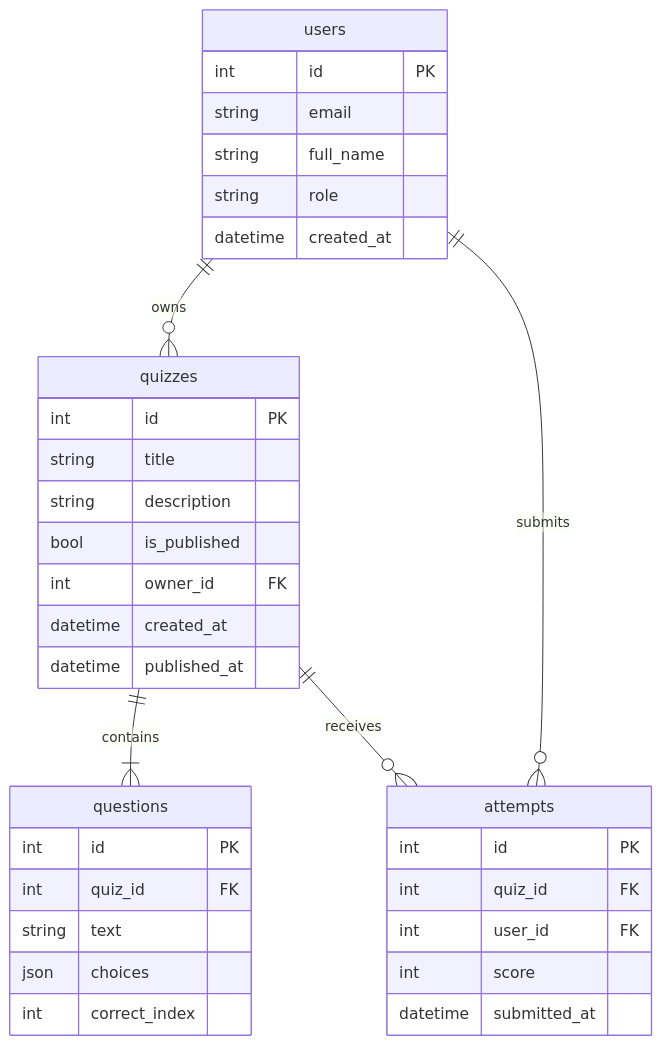
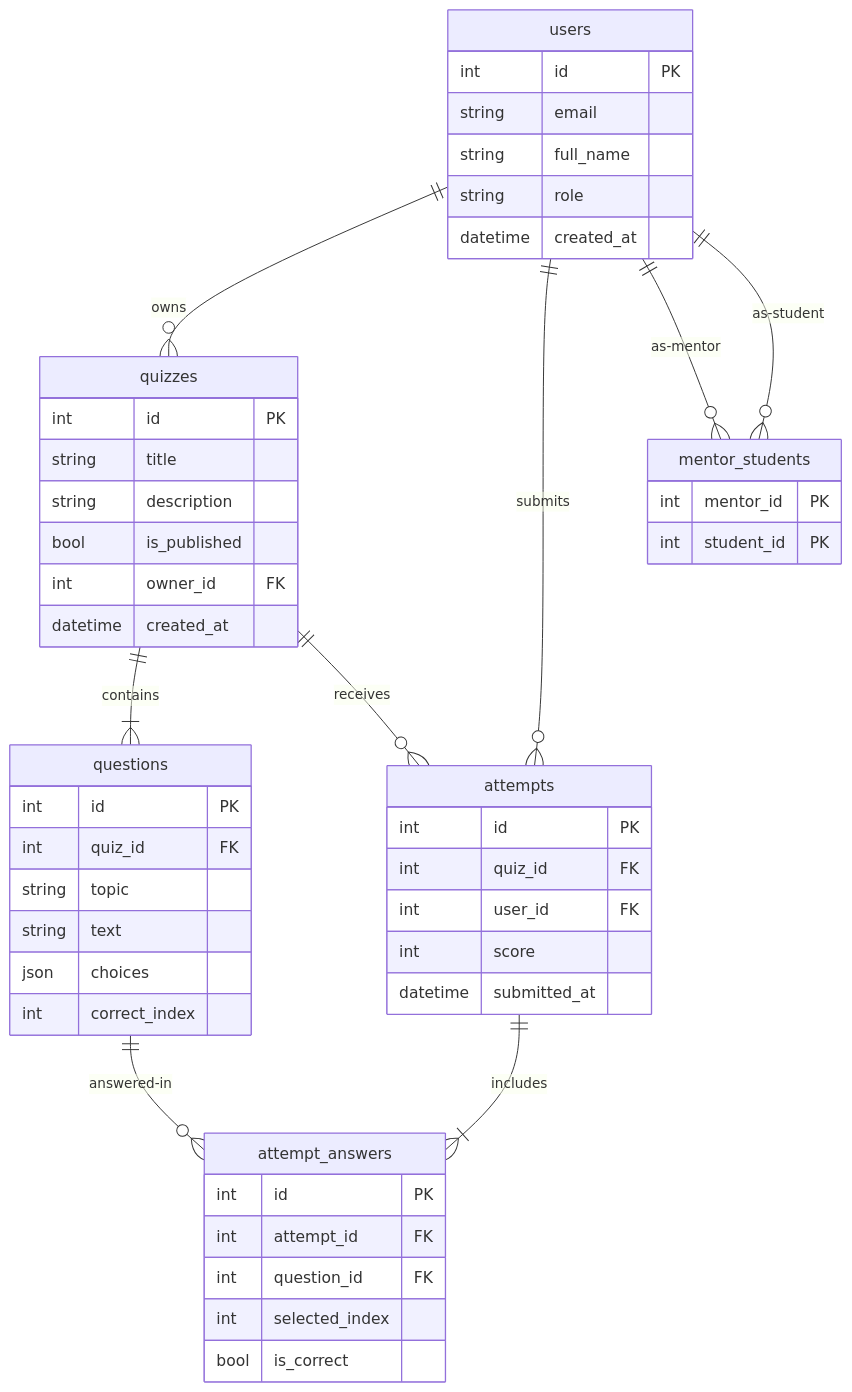
One commit to Zukoo16/kurs changed the diagram in docs/er-diagram.md. Above: the diagram before and after it, drawn with Mermaid. The commit also changed other lines of this file, not shown here.

Commit message:
6-сабақ: ER диаграммасы — TestUp AI

````diff
--- a/docs/er-diagram.md
+++ b/docs/er-diagram.md
@@ -25,38 +32,53 @@
 ```mermaid
 erDiagram
     users ||--o{ quizzes : "owns"
     quizzes ||--|{ questions : "contains"
+    quizzes ||--o{ attempts : "receives"
     users ||--o{ attempts : "submits"
-    quizzes ||--o{ attempts : "receives"
+    attempts ||--|{ attempt_answers : "includes"
+    questions ||--o{ attempt_answers : "answered-in"
+    users ||--o{ mentor_students : "as-mentor"
+    users ||--o{ mentor_students : "as-student"
 
     users {
         int id PK
         string email
         string full_name
         string role
         datetime created_at
     }
     quizzes {
         int id PK
         string title
         string description
         bool is_published
         int owner_id FK
         datetime created_at
-        datetime published_at
     }
     questions {
         int id PK
         int quiz_id FK
+        string topic
         string text
         json choices
         int correct_index
     }
     attempts {
         int id PK
         int quiz_id FK
         int user_id FK
         int score
         datetime submitted_at
     }
+    attempt_answers {
+        int id PK
+        int attempt_id FK
+        int question_id FK
+        int selected_index
+        bool is_correct
+    }
+    mentor_students {
+        int mentor_id PK
+        int student_id PK
+    }
 ```
````
